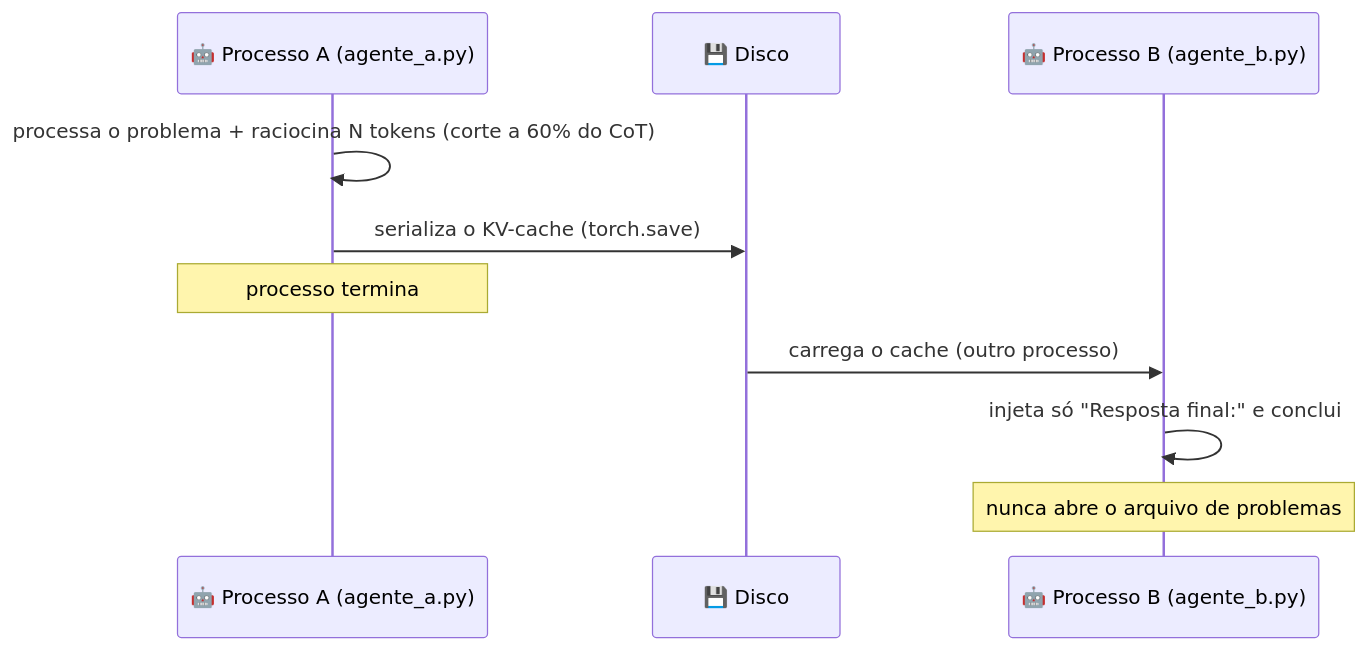
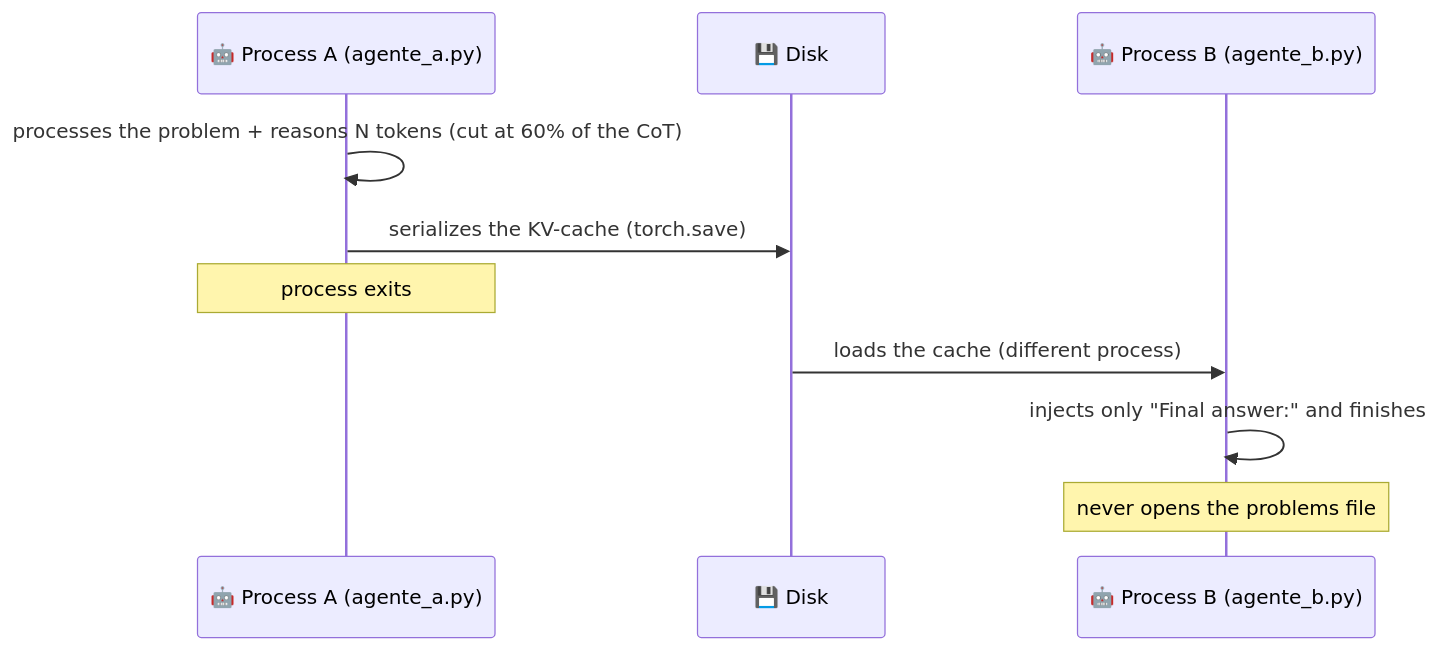
Before and after one commit to dmixfilms/noema: the third of 3 diagrams in README.md, drawn with Mermaid. The commit also changed other lines of this file and 4 other files, not shown here.

````diff
--- a/README.md
+++ b/README.md
@@ -66,12 +68,12 @@
 ```mermaid
 sequenceDiagram
-    participant A as 🤖 Processo A (agente_a.py)
-    participant D as 💾 Disco
-    participant B as 🤖 Processo B (agente_b.py)
-    A->>A: processa o problema + raciocina N tokens (corte a 60% do CoT)
-    A->>D: serializa o KV-cache (torch.save)
-    Note over A: processo termina
-    D->>B: carrega o cache (outro processo)
-    B->>B: injeta só "Resposta final:" e conclui
-    Note over B: nunca abre o arquivo de problemas
+    participant A as 🤖 Process A (agente_a.py)
+    participant D as 💾 Disk
+    participant B as 🤖 Process B (agente_b.py)
+    A->>A: processes the problem + reasons N tokens (cut at 60% of the CoT)
+    A->>D: serializes the KV-cache (torch.save)
+    Note over A: process exits
+    D->>B: loads the cache (different process)
+    B->>B: injects only "Final answer:" and finishes
+    Note over B: never opens the problems file
 ```
````
